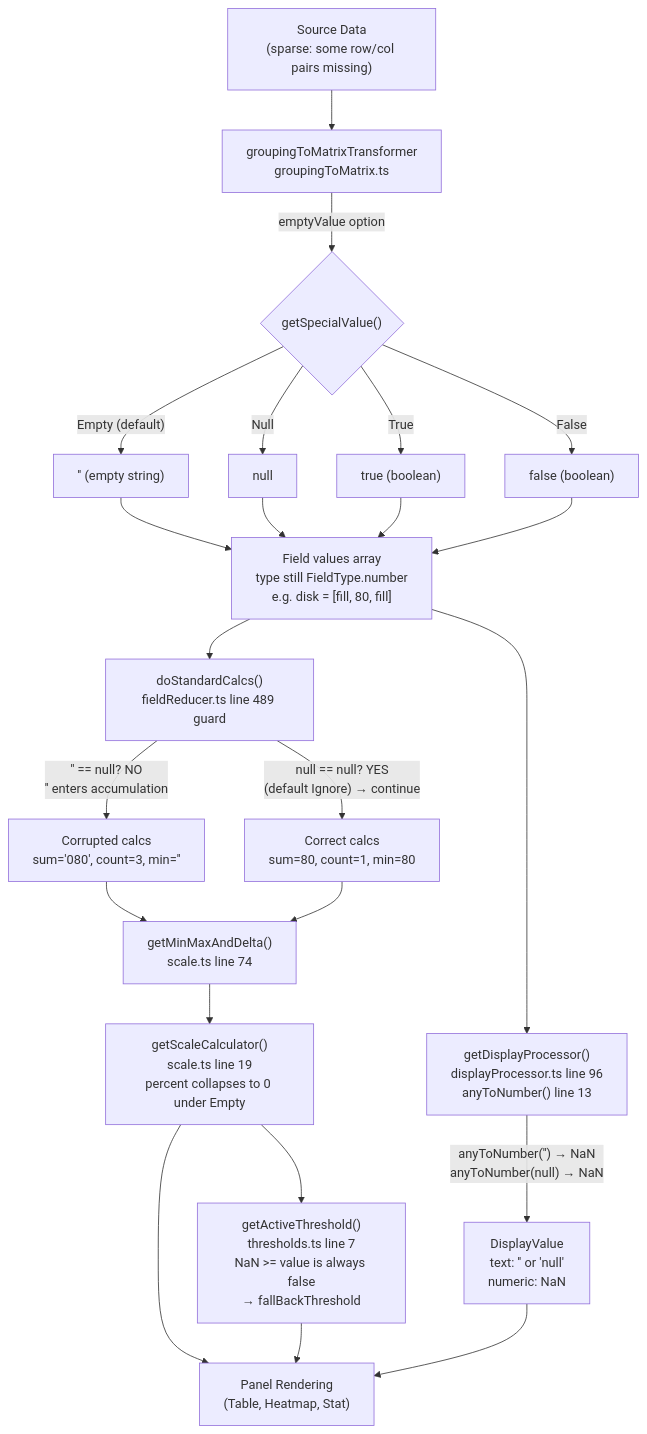
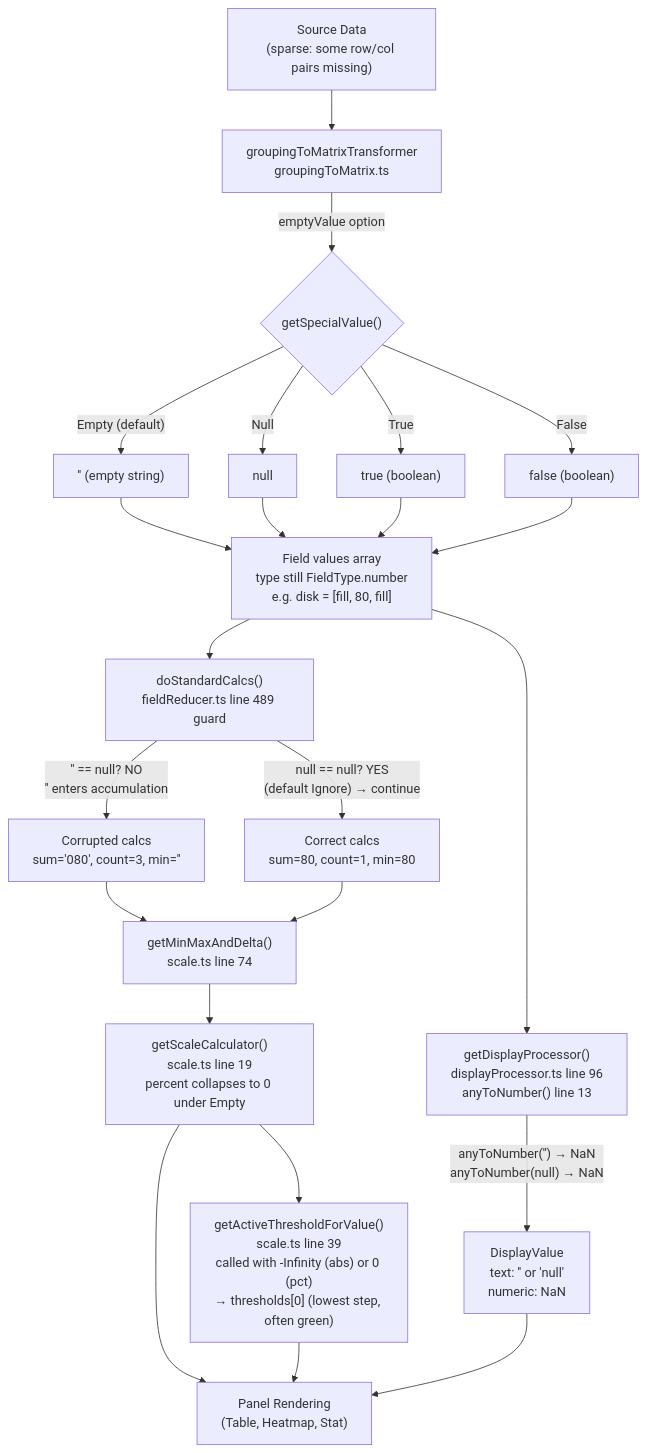
One commit to blitzy-research/grafana changed the diagram in blitzy/documentation/grafana_4550cfb5b728.md. Above: the diagram before and after it, drawn with Mermaid. The commit also changed other lines of this file, not shown here.

First line of the commit message:
docs(grafana_4550cfb5b728): correct threshold fallback claim and fix minor line-count/code-reproduction findings

````diff
--- a/blitzy/documentation/grafana_4550cfb5b728.md
+++ b/blitzy/documentation/grafana_4550cfb5b728.md
@@ -952,25 +979,25 @@
 ```mermaid
 graph TD
     A["Source Data<br/>(sparse: some row/col pairs missing)"] --> B["groupingToMatrixTransformer<br/>groupingToMatrix.ts"]
     B -->|"emptyValue option"| C{"getSpecialValue()"}
     C -->|"Empty (default)"| D["'' (empty string)"]
     C -->|"Null"| E["null"]
     C -->|"True"| F["true (boolean)"]
     C -->|"False"| G["false (boolean)"]
     D --> H["Field values array<br/>type still FieldType.number<br/>e.g. disk = [fill, 80, fill]"]
     E --> H
     F --> H
     G --> H
     H --> I["doStandardCalcs()<br/>fieldReducer.ts line 489 guard"]
     I -->|"'' == null? NO<br/>'' enters accumulation"| J["Corrupted calcs<br/>sum='080', count=3, min=''"]
     I -->|"null == null? YES<br/>(default Ignore) → continue"| K["Correct calcs<br/>sum=80, count=1, min=80"]
     J --> L["getMinMaxAndDelta()<br/>scale.ts line 74"]
     K --> L
     L --> M["getScaleCalculator()<br/>scale.ts line 19<br/>percent collapses to 0 under Empty"]
     H --> N["getDisplayProcessor()<br/>displayProcessor.ts line 96<br/>anyToNumber() line 13"]
     N -->|"anyToNumber('') → NaN<br/>anyToNumber(null) → NaN"| O["DisplayValue<br/>text: '' or 'null'<br/>numeric: NaN"]
     M --> P["Panel Rendering<br/>(Table, Heatmap, Stat)"]
     O --> P
-    M --> Q["getActiveThreshold()<br/>thresholds.ts line 7<br/>NaN >= value is always false<br/>→ fallBackThreshold"]
+    M --> Q["getActiveThresholdForValue()<br/>scale.ts line 39<br/>called with -Infinity (abs) or 0 (pct)<br/>→ thresholds[0] (lowest step, often green)"]
     Q --> P
 ```
````
